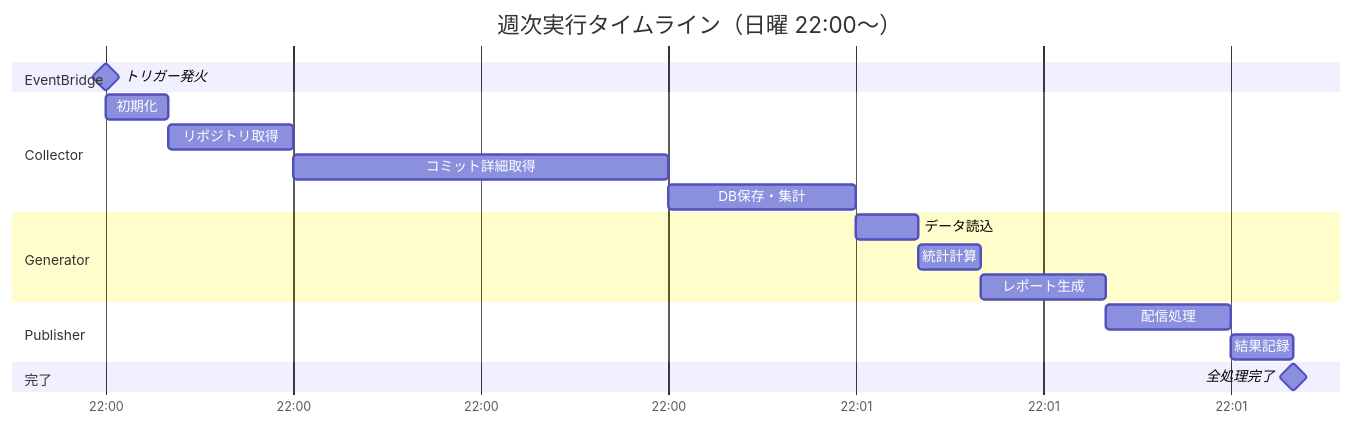
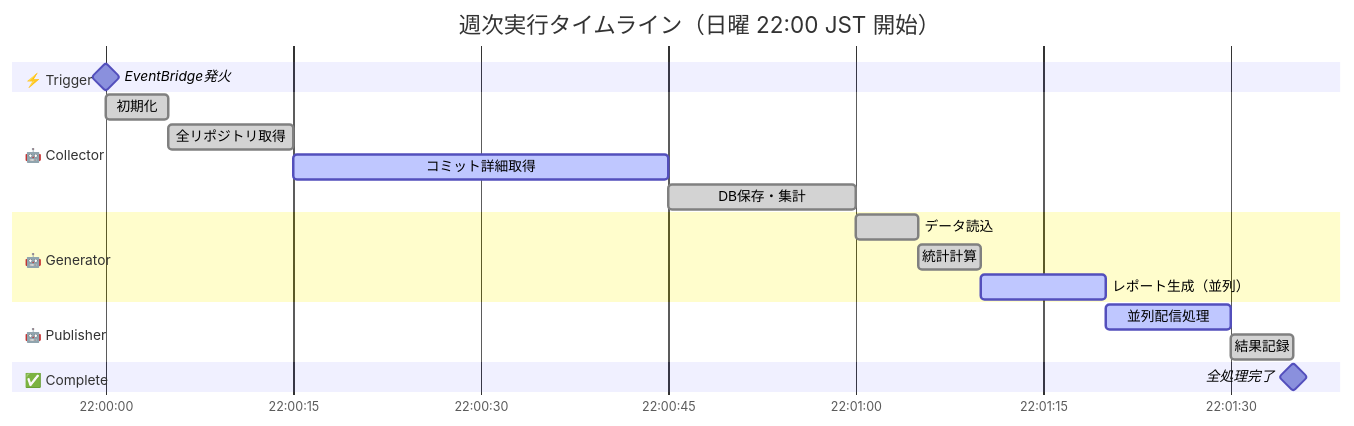
One commit to Gaku52/github-activity-aggregator changed the sixth of 9 diagrams in FLOW_DIAGRAMS.md. Above: the diagram before and after it, drawn with Mermaid. The commit also changed other lines of this file, not shown here.

First line of the commit message:
Improve flow diagrams with better visual design and clarity

````diff
--- a/FLOW_DIAGRAMS.md
+++ b/FLOW_DIAGRAMS.md
@@ -244,27 +472,27 @@
 ```mermaid
 gantt
-    title 週次実行タイムライン（日曜 22:00〜）
-    dateFormat  HH:mm
-    axisFormat %H:%M
+    title 週次実行タイムライン（日曜 22:00 JST 開始）
+    dateFormat HH:mm:ss
+    axisFormat %H:%M:%S
 
-    section EventBridge
-    トリガー発火           :milestone, m1, 22:00, 0m
+    section ⚡ Trigger
+    EventBridge発火        :milestone, trigger, 22:00:00, 0s
 
-    section Collector
-    初期化                :a1, 22:00, 5s
-    リポジトリ取得        :a2, after a1, 10s
-    コミット詳細取得      :a3, after a2, 30s
-    DB保存・集計          :a4, after a3, 15s
+    section 🤖 Collector
+    初期化                :done, c1, 22:00:00, 5s
+    全リポジトリ取得      :done, c2, after c1, 10s
+    コミット詳細取得      :active, c3, after c2, 30s
+    DB保存・集計          :done, c4, after c3, 15s
 
-    section Generator
-    データ読込            :b1, after a4, 5s
-    統計計算              :b2, after b1, 5s
-    レポート生成          :b3, after b2, 10s
+    section 🤖 Generator
+    データ読込            :done, g1, after c4, 5s
+    統計計算              :done, g2, after g1, 5s
+    レポート生成（並列）  :active, g3, after g2, 10s
 
-    section Publisher
-    配信処理              :c1, after b3, 10s
-    結果記録              :c2, after c1, 5s
+    section 🤖 Publisher
+    並列配信処理          :active, p1, after g3, 10s
+    結果記録              :done, p2, after p1, 5s
 
-    section 完了
-    全処理完了            :milestone, m2, after c2, 0m
+    section ✅ Complete
+    全処理完了            :milestone, complete, after p2, 0s
 ```
````
